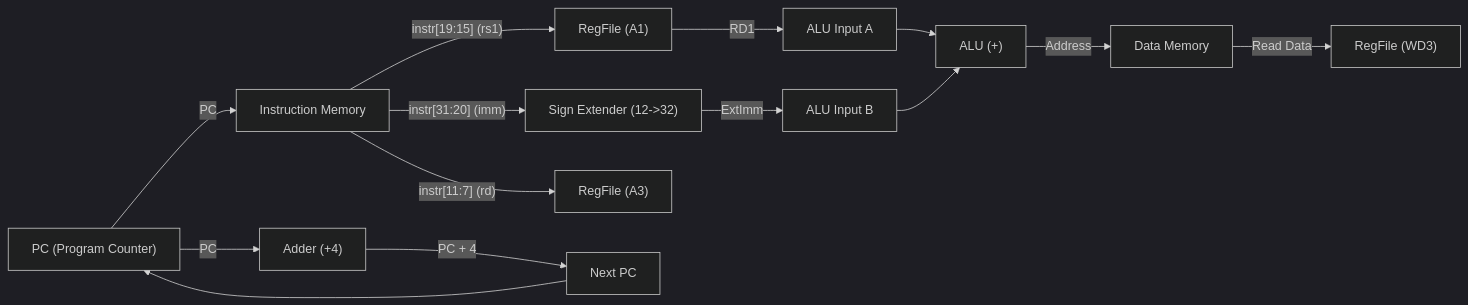
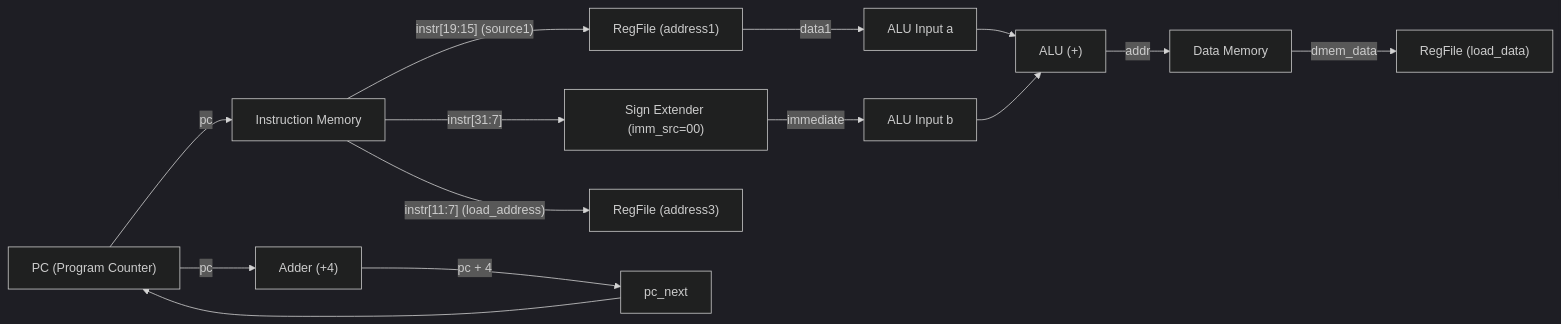
The first of 2 diagrams in README.md (nikunjmalik306/rm32), drawn with Mermaid (dark theme) before and after one commit. The commit also changed other lines of this file, not shown here.

````diff
--- a/README.md
+++ b/README.md
@@ -111,18 +97,18 @@
 ```mermaid
 flowchart LR
-    PC["PC (Program Counter)"] -->|"PC"| IMEM["Instruction Memory"]
-    IMEM -->|"instr[19:15] (rs1)"| RF_A1["RegFile (A1)"]
-    IMEM -->|"instr[31:20] (imm)"| SEXT["Sign Extender (12->32)"]
-    IMEM -->|"instr[11:7] (rd)"| RF_A3["RegFile (A3)"]
+    PC["PC (Program Counter)"] -->|"pc"| IMEM["Instruction Memory"]
+    IMEM -->|"instr[19:15] (source1)"| RF_A1["RegFile (address1)"]
+    IMEM -->|"instr[31:7]"| SEXT["Sign Extender (imm_src=00)"]
+    IMEM -->|"instr[11:7] (load_address)"| RF_A3["RegFile (address3)"]
     
-    RF_A1 -->|"RD1"| ALU_A["ALU Input A"]
-    SEXT -->|"ExtImm"| ALU_B["ALU Input B"]
+    RF_A1 -->|"data1"| ALU_A["ALU Input a"]
+    SEXT -->|"immediate"| ALU_B["ALU Input b"]
     
     ALU_A & ALU_B --> ALU["ALU (+)"]
-    ALU -->|"Address"| DMEM["Data Memory"]
-    DMEM -->|"Read Data"| RF_WD3["RegFile (WD3)"]
+    ALU -->|"addr"| DMEM["Data Memory"]
+    DMEM -->|"dmem_data"| RF_WD["RegFile (load_data)"]
     
-    PC -->|"PC"| PC_ADD["Adder (+4)"]
-    PC_ADD -->|"PC + 4"| PC_NEXT["Next PC"]
+    PC -->|"pc"| PC_ADD["Adder (+4)"]
+    PC_ADD -->|"pc + 4"| PC_NEXT["pc_next"]
     PC_NEXT --> PC
 ```
````
